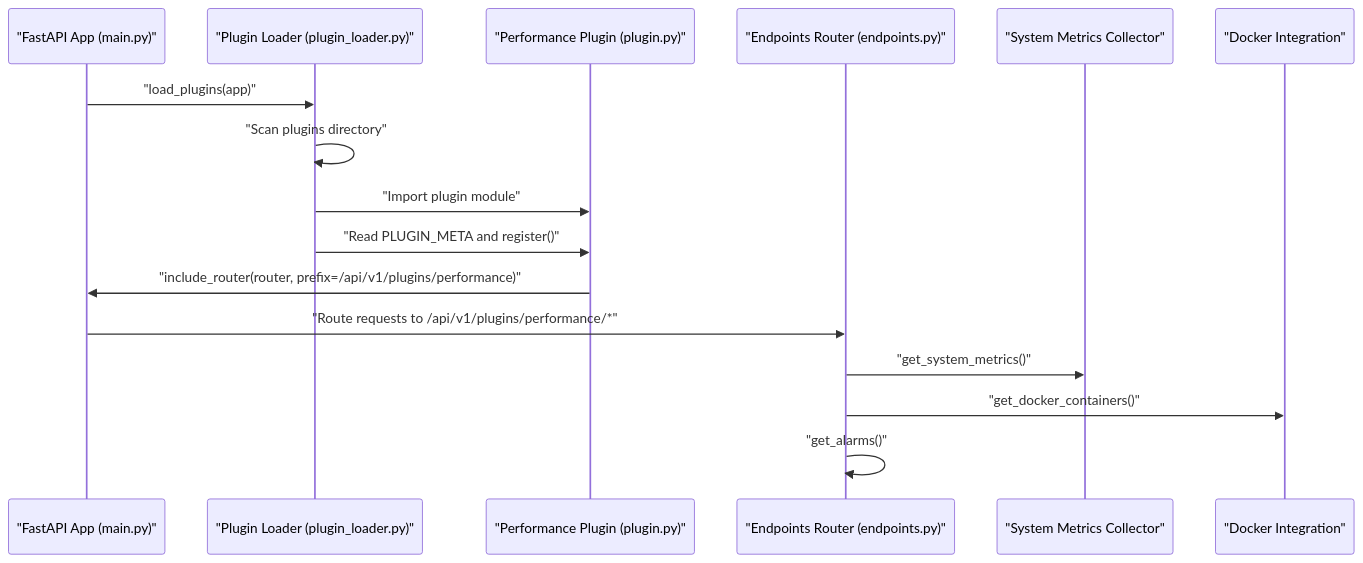
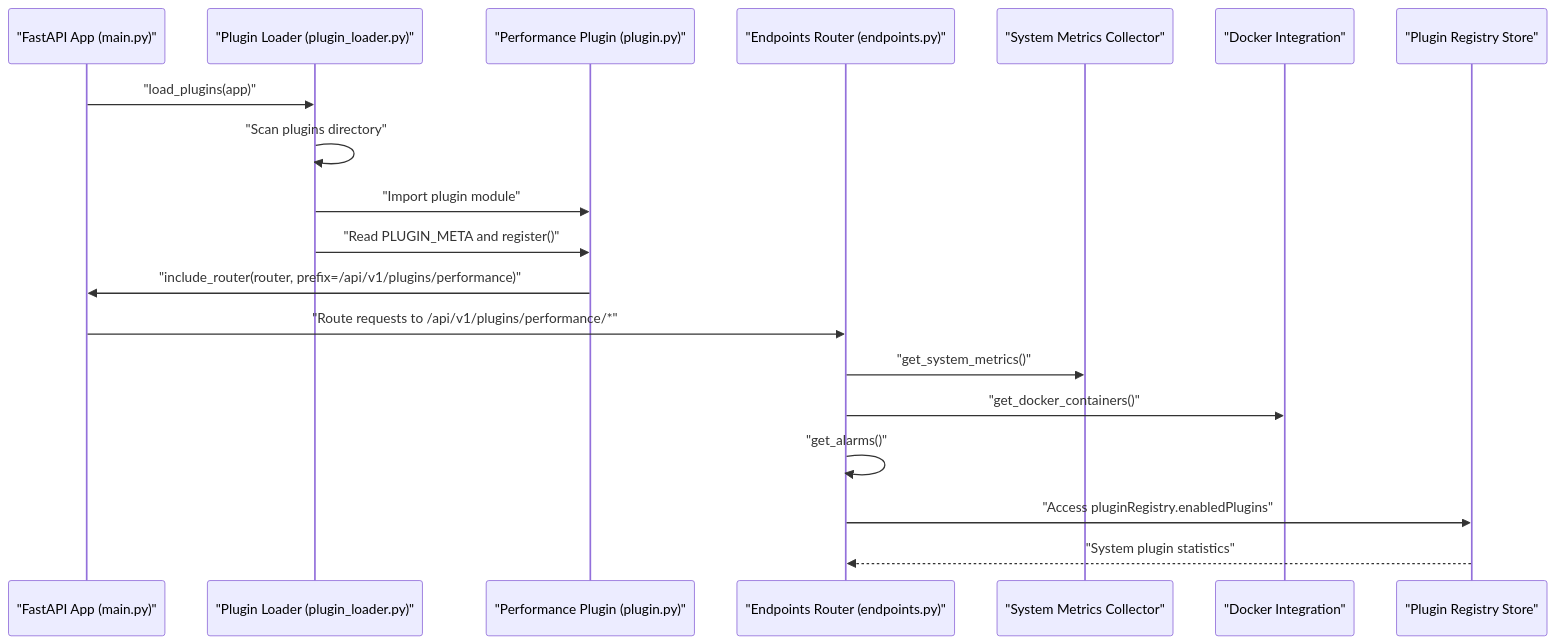
The second of 11 diagrams in .qoder/repowiki/en/content/Built-in Plugins/Performance Plugin.md (Nikita5543/New-SSO-02), drawn with Mermaid before and after one commit. The commit also changed other lines of this file and 3 other files, not shown here.

````diff
--- a/.qoder/repowiki/en/content/Built-in Plugins/Performance Plugin.md
+++ b/.qoder/repowiki/en/content/Built-in Plugins/Performance Plugin.md
@@ -125,18 +132,21 @@
 ```mermaid
 sequenceDiagram
 participant App as "FastAPI App (main.py)"
 participant Loader as "Plugin Loader (plugin_loader.py)"
 participant Plugin as "Performance Plugin (plugin.py)"
 participant Router as "Endpoints Router (endpoints.py)"
 participant Metrics as "System Metrics Collector"
 participant Docker as "Docker Integration"
+participant Registry as "Plugin Registry Store"
 App->>Loader : "load_plugins(app)"
 Loader->>Loader : "Scan plugins directory"
 Loader->>Plugin : "Import plugin module"
 Loader->>Plugin : "Read PLUGIN_META and register()"
 Plugin->>App : "include_router(router, prefix=/api/v1/plugins/performance)"
 App->>Router : "Route requests to /api/v1/plugins/performance/*"
 Router->>Metrics : "get_system_metrics()"
 Router->>Docker : "get_docker_containers()"
 Router->>Router : "get_alarms()"
+Router->>Registry : "Access pluginRegistry.enabledPlugins"
+Registry-->>Router : "System plugin statistics"
 ```
````
